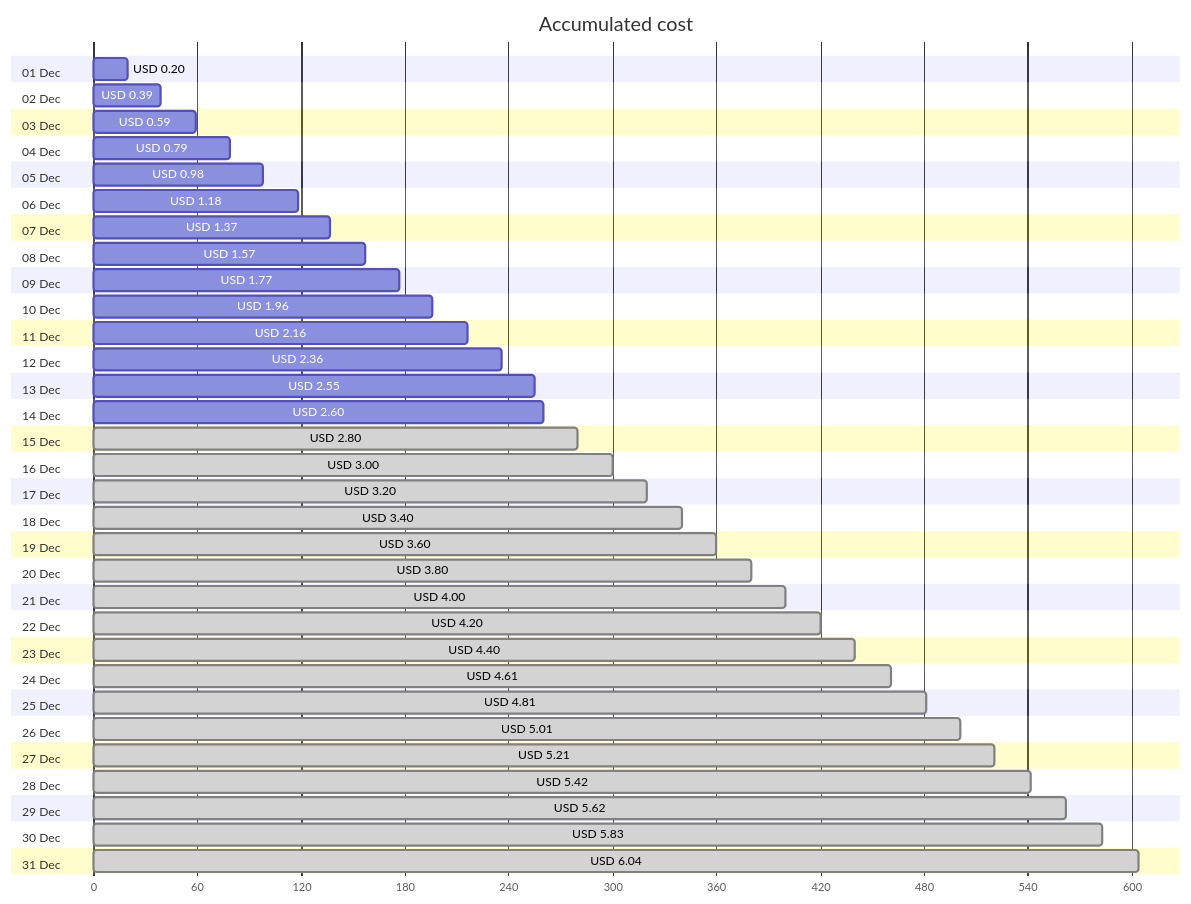
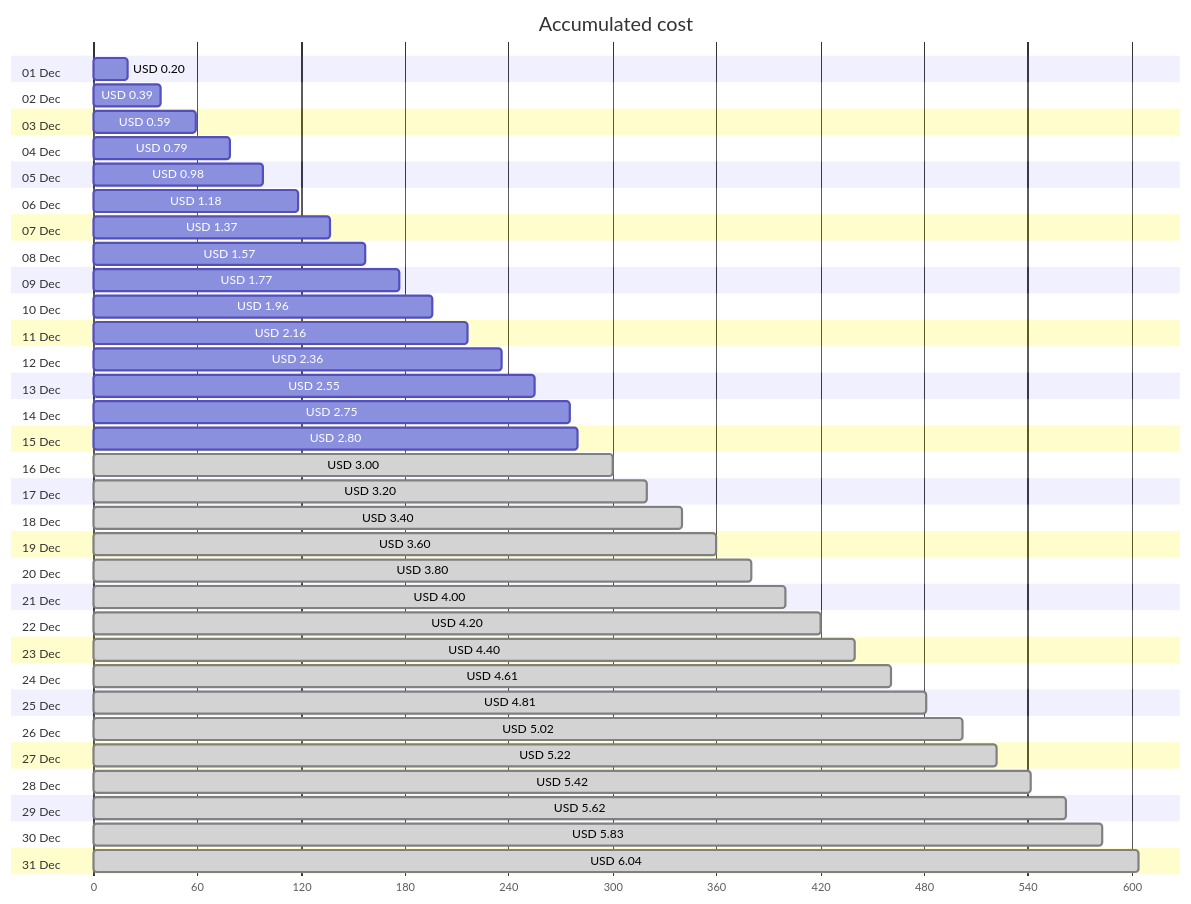
One commit to jpfulton/azure-personal-reports changed the first of 4 diagrams in cost-reports/personal-network/backup-server.md. Above: the diagram before and after it, drawn with Mermaid. The commit also changed other lines of this file and 8 other files, not shown here.

````diff
--- a/cost-reports/personal-network/backup-server.md
+++ b/cost-reports/personal-network/backup-server.md
@@ -20,68 +20,68 @@
 ```mermaid
 gantt
    title Accumulated cost
    dateFormat  X
    axisFormat %s
    section 01 Dec
    USD 0.20 :0, 20
    section 02 Dec
    USD 0.39 :0, 39
    section 03 Dec
    USD 0.59 :0, 59
    section 04 Dec
    USD 0.79 :0, 79
    section 05 Dec
    USD 0.98 :0, 98
    section 06 Dec
    USD 1.18 :0, 118
    section 07 Dec
    USD 1.37 :0, 137
    section 08 Dec
    USD 1.57 :0, 157
    section 09 Dec
    USD 1.77 :0, 177
    section 10 Dec
    USD 1.96 :0, 196
    section 11 Dec
    USD 2.16 :0, 216
    section 12 Dec
    USD 2.36 :0, 236
    section 13 Dec
    USD 2.55 :0, 255
    section 14 Dec
-   USD 2.60 :0, 260
+   USD 2.75 :0, 275
    section 15 Dec
-   USD 2.80 : done, 0, 280
+   USD 2.80 :0, 280
    section 16 Dec
    USD 3.00 : done, 0, 300
    section 17 Dec
    USD 3.20 : done, 0, 320
    section 18 Dec
    USD 3.40 : done, 0, 340
    section 19 Dec
    USD 3.60 : done, 0, 360
    section 20 Dec
    USD 3.80 : done, 0, 380
    section 21 Dec
    USD 4.00 : done, 0, 400
    section 22 Dec
    USD 4.20 : done, 0, 420
    section 23 Dec
    USD 4.40 : done, 0, 440
    section 24 Dec
    USD 4.61 : done, 0, 461
    section 25 Dec
    USD 4.81 : done, 0, 481
    section 26 Dec
-   USD 5.01 : done, 0, 501
+   USD 5.02 : done, 0, 502
    section 27 Dec
-   USD 5.21 : done, 0, 521
+   USD 5.22 : done, 0, 522
    section 28 Dec
    USD 5.42 : done, 0, 542
    section 29 Dec
    USD 5.62 : done, 0, 562
    section 30 Dec
    USD 5.83 : done, 0, 583
    section 31 Dec
    USD 6.04 : done, 0, 604
 ```
````
